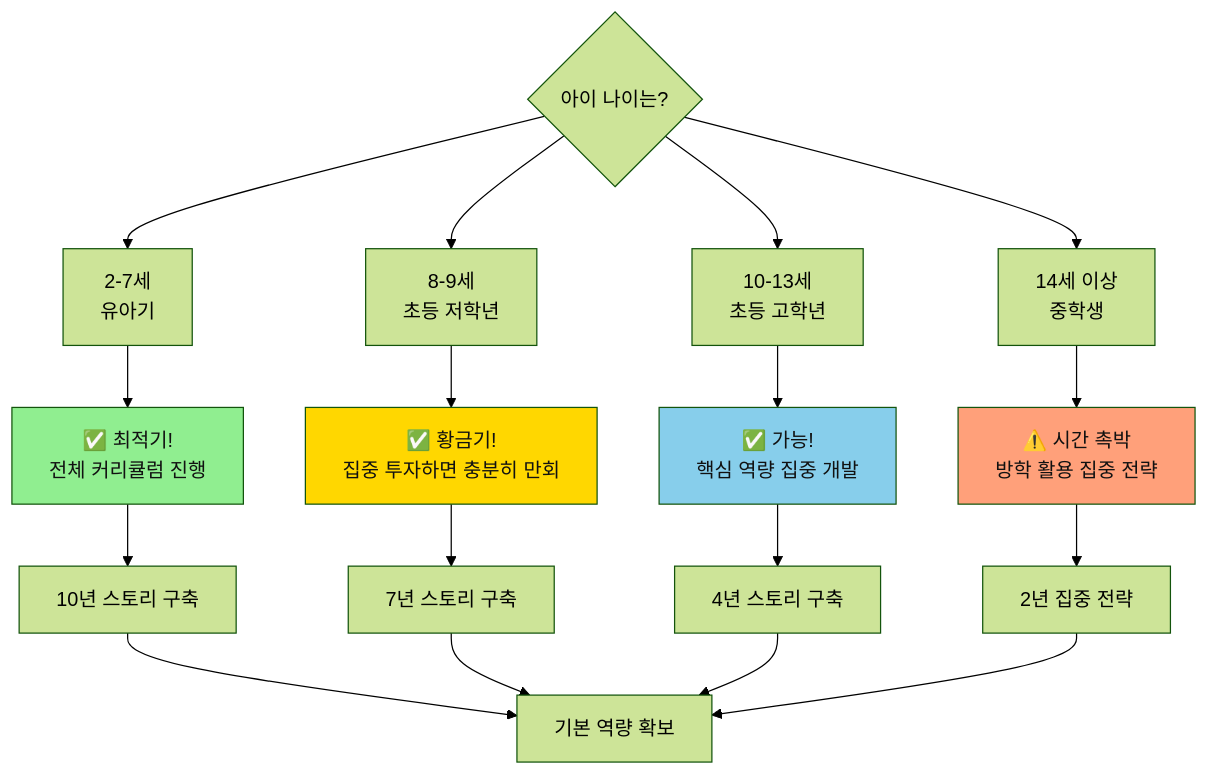
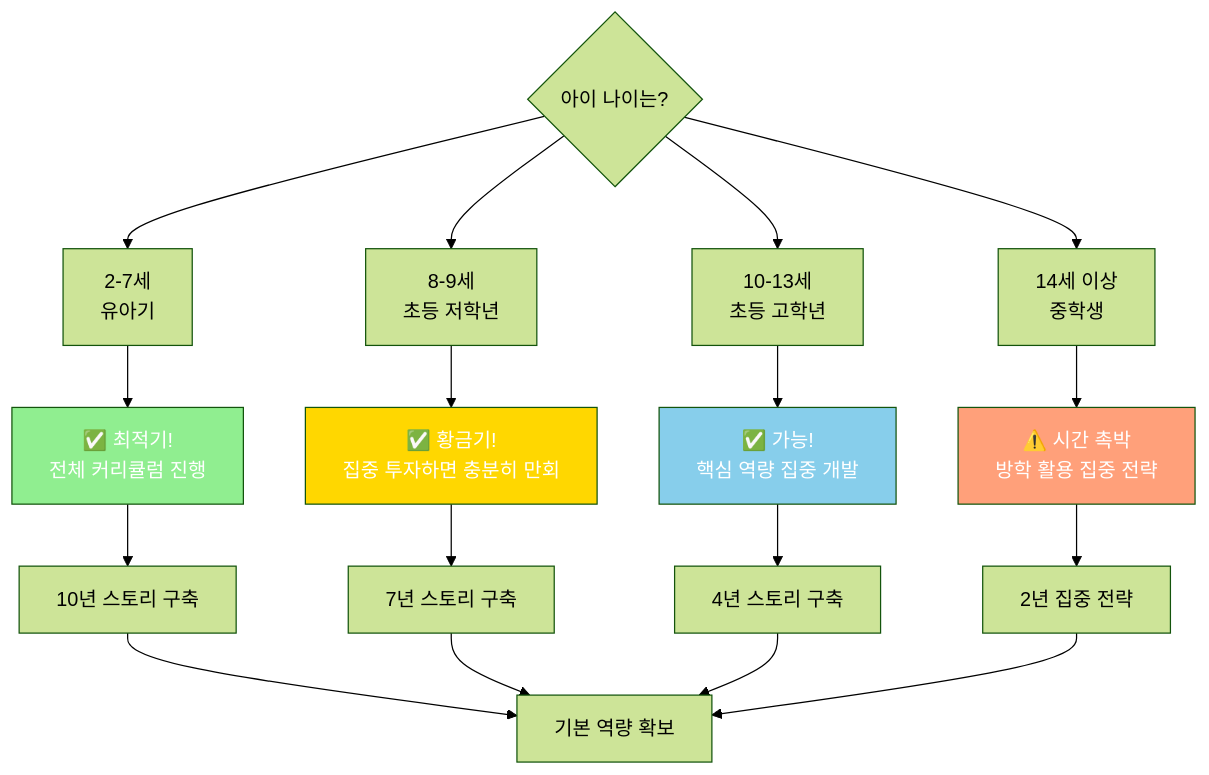
Before and after one commit to Collegenie-X/froebel: the ninth of 34 diagrams in 3단계_프뢰벨_FAQ_핵심가치.md, drawn with Mermaid (forest theme). The commit also changed other lines of this file and 4 other files, not shown here.

````diff
--- a/3단계_프뢰벨_FAQ_핵심가치.md
+++ b/3단계_프뢰벨_FAQ_핵심가치.md
@@ -484,27 +484,27 @@
 ```mermaid
 graph TD
     A{아이 나이는?} --> B[2-7세<br/>유아기]
     A --> C[8-9세<br/>초등 저학년]
     A --> D[10-13세<br/>초등 고학년]
     A --> E[14세 이상<br/>중학생]
     
     B --> B1[✅ 최적기!<br/>전체 커리큘럼 진행]
     C --> C1[✅ 황금기!<br/>집중 투자하면 충분히 만회]
     D --> D1[✅ 가능!<br/>핵심 역량 집중 개발]
     E --> E1[⚠️ 시간 촉박<br/>방학 활용 집중 전략]
     
     B1 --> F[10년 스토리 구축]
     C1 --> G[7년 스토리 구축]
     D1 --> H[4년 스토리 구축]
     E1 --> I[2년 집중 전략]
     
     F --> J[압도적 경쟁력]
     G --> J[충분한 경쟁력]
     H --> J[차별화 포인트]
     I --> J[기본 역량 확보]
     
-    style B1 fill:#90EE90,color:#111
-    style C1 fill:#FFD700,color:#111
-    style D1 fill:#87CEEB,color:#111
-    style E1 fill:#FFA07A,color:#111
+    style B1 fill:#90EE90,color:#fff
+    style C1 fill:#FFD700,color:#fff
+    style D1 fill:#87CEEB,color:#fff
+    style E1 fill:#FFA07A,color:#fff
 ```
````
